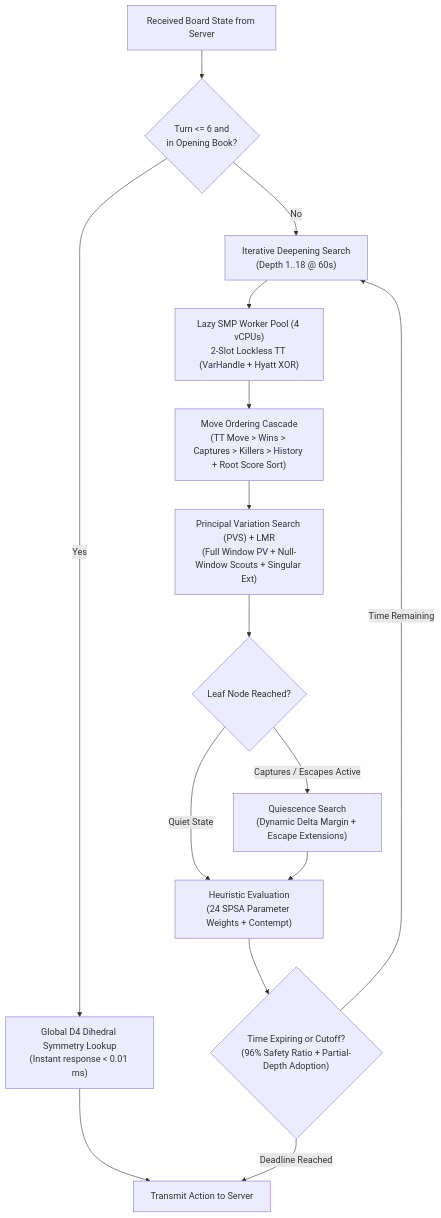
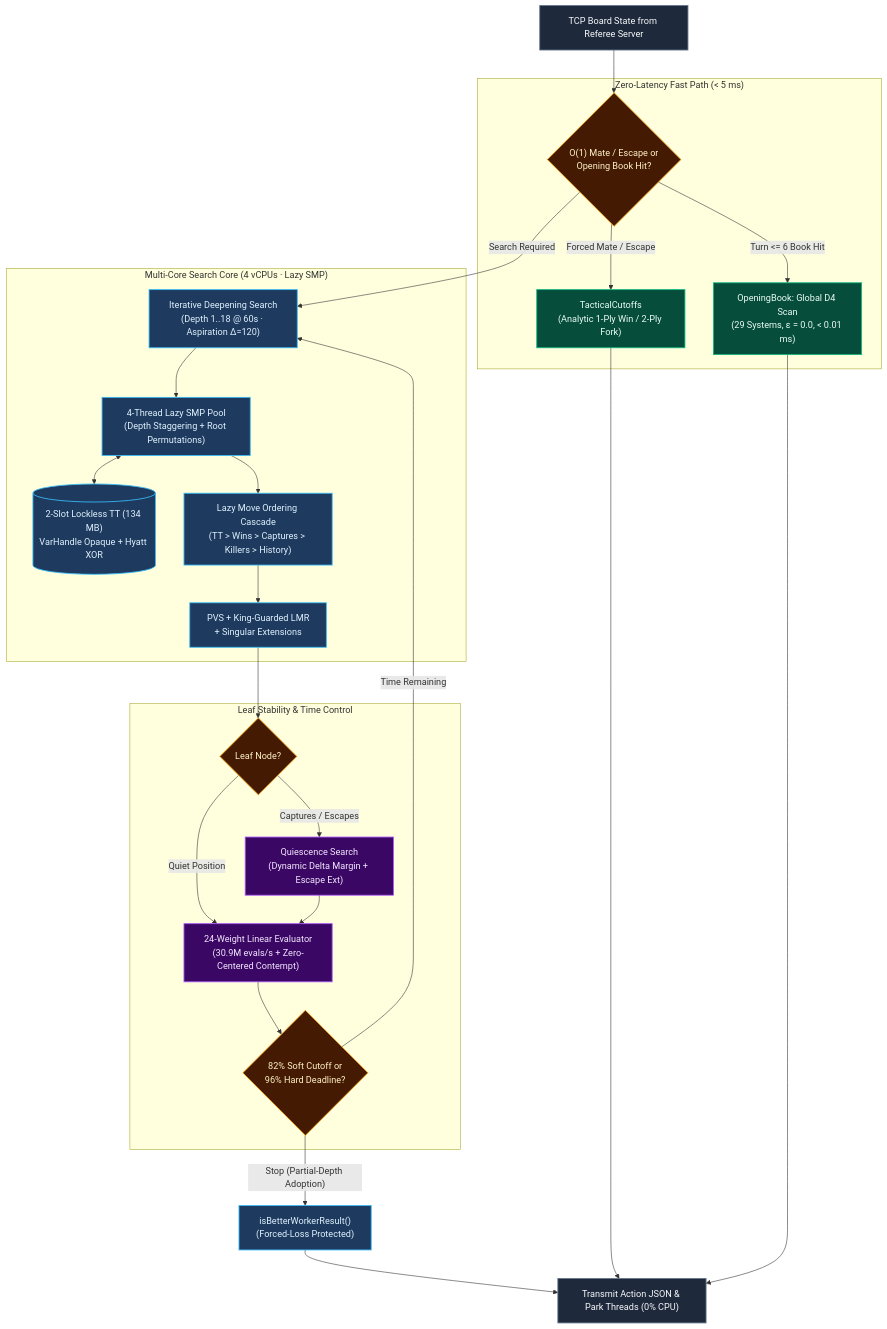
One commit to MercuryDCD/Tablut-FundamentalsAIMASTER changed the diagram in README.md. Above: the diagram before and after it, drawn with Mermaid. The commit also changed other lines of this file and 14 other files, not shown here.

Commit message:
docs: upgrade README and wiki with vector SVG diagrams and styled Mermaid charts

````diff
--- a/README.md
+++ b/README.md
@@ -52,23 +40,37 @@
 ```mermaid
 flowchart TD
-    State["Received Board State from Server"] --> BookCheck{"Turn <= 6 and<br/>in Opening Book?"}
-    
-    BookCheck -- "Yes" --> BookLookup["Global D4 Dihedral Symmetry Lookup<br/>(Instant response < 0.01 ms)"]
-    BookLookup --> SendMove["Transmit Action to Server"]
-    
-    BookCheck -- "No" --> IDS["Iterative Deepening Search<br/>(Depth 1..18 @ 60s)"]
-    
-    IDS --> SMP["Lazy SMP Worker Pool (4 vCPUs)<br/>2-Slot Lockless TT (VarHandle + Hyatt XOR)"]
-    SMP --> MoveOrder["Move Ordering Cascade<br/>(TT Move > Wins > Captures > Killers > History + Root Score Sort)"]
-    MoveOrder --> PVS["Principal Variation Search (PVS) + LMR<br/>(Full Window PV + Null-Window Scouts + Singular Ext)"]
-    
-    PVS --> LeafCheck{"Leaf Node Reached?"}
-    LeafCheck -- "Captures / Escapes Active" --> Quiescence["Quiescence Search<br/>(Dynamic Delta Margin + Escape Extensions)"]
-    LeafCheck -- "Quiet State" --> Eval["Heuristic Evaluation<br/>(24 SPSA Parameter Weights + Contempt)"]
-    
-    Quiescence --> Eval
-    Eval --> TimeCheck{"Time Expiring or Cutoff?<br/>(96% Safety Ratio + Partial-Depth Adoption)"}
-    
+    classDef io fill:#1e293b,stroke:#64748b,color:#f8fafc,stroke-width:1.5px
+    classDef fast fill:#064e3b,stroke:#10b981,color:#ecfdf5,stroke-width:1.5px
+    classDef search fill:#1e3a5f,stroke:#38bdf8,color:#e0f2fe,stroke-width:1.5px
+    classDef eval fill:#3b0764,stroke:#a855f7,color:#f3e8ff,stroke-width:1.5px
+    classDef decision fill:#451a03,stroke:#f59e0b,color:#fef3c7,stroke-width:1.5px
+
+    State["TCP Board State from Referee Server"]:::io --> FastPath{"O(1) Mate / Escape or<br/>Opening Book Hit?"}:::decision
+
+    subgraph Fast["Zero-Latency Fast Path (< 5 ms)"]
+        FastPath -- "Forced Mate / Escape" --> Cutoff["TacticalCutoffs<br/>(Analytic 1-Ply Win / 2-Ply Fork)"]:::fast
+        FastPath -- "Turn <= 6 Book Hit" --> BookLookup["OpeningBook: Global D4 Scan<br/>(29 Systems, ε = 0.0, < 0.01 ms)"]:::fast
+    end
+
+    subgraph Core["Multi-Core Search Core (4 vCPUs · Lazy SMP)"]
+        FastPath -- "Search Required" --> IDS["Iterative Deepening Search<br/>(Depth 1..18 @ 60s · Aspiration Δ=120)"]:::search
+        IDS --> SMP["4-Thread Lazy SMP Pool<br/>(Depth Staggering + Root Permutations)"]:::search
+        SMP <--> TT[("2-Slot Lockless TT (134 MB)<br/>VarHandle Opaque + Hyatt XOR")]:::search
+        SMP --> MoveOrder["Lazy Move Ordering Cascade<br/>(TT > Wins > Captures > Killers > History)"]:::search
+        MoveOrder --> PVS["PVS + King-Guarded LMR<br/>+ Singular Extensions"]:::search
+    end
+
+    subgraph Leaf["Leaf Stability & Time Control"]
+        PVS --> LeafCheck{"Leaf Node?"}:::decision
+        LeafCheck -- "Captures / Escapes" --> Quiescence["Quiescence Search<br/>(Dynamic Delta Margin + Escape Ext)"]:::eval
+        LeafCheck -- "Quiet Position" --> Eval["24-Weight Linear Evaluator<br/>(30.9M evals/s + Zero-Centered Contempt)"]:::eval
+        Quiescence --> Eval
+        Eval --> TimeCheck{"82% Soft Cutoff or<br/>96% Hard Deadline?"}:::decision
+    end
+
     TimeCheck -- "Time Remaining" --> IDS
-    TimeCheck -- "Deadline Reached" --> SendMove
+    TimeCheck -- "Stop (Partial-Depth Adoption)" --> BestWorker["isBetterWorkerResult()<br/>(Forced-Loss Protected)"]:::search
+    BestWorker --> SendMove["Transmit Action JSON &amp; Park Threads (0% CPU)"]:::io
+    Cutoff --> SendMove
+    BookLookup --> SendMove
 ```
````
